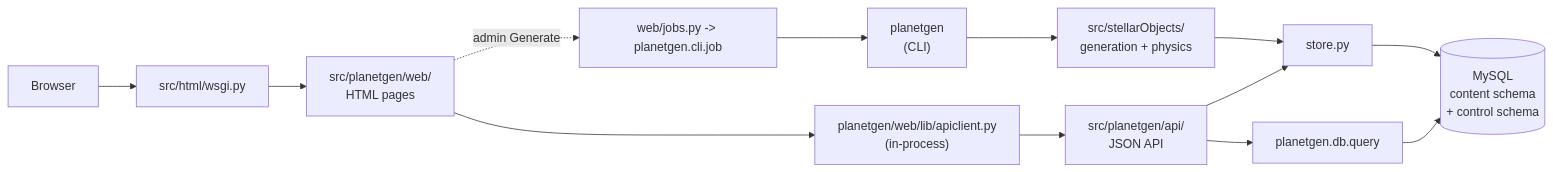
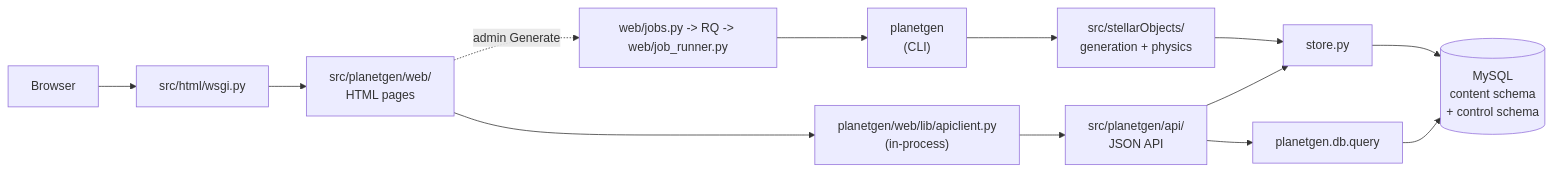
The first of 8 diagrams in docs/design/architecture.md (dwhagar/planetGen), drawn with Mermaid before and after one commit. The commit also changed other lines of this file and 16 other files, not shown here.

First line of the commit message:
Admin Generate page jobs on RQ (PERF.24 step 3)

````diff
--- a/docs/design/architecture.md
+++ b/docs/design/architecture.md
@@ -67,15 +67,15 @@
 ```mermaid
 flowchart LR
     CLI["planetgen<br/>(CLI)"] --> SO["src/stellarObjects/<br/>generation + physics"]
     SO --> DB["store.py"]
     DB --> MySQL[("MySQL<br/>content schema<br/>+ control schema")]
     Browser["Browser"] --> WSGI["src/html/wsgi.py"]
     WSGI --> Web["src/planetgen/web/<br/>HTML pages"]
     Web --> Client["planetgen/web/lib/apiclient.py<br/>(in-process)"]
     Client --> API["src/planetgen/api/<br/>JSON API"]
     API --> Q["planetgen.db.query"]
     Q --> MySQL
     API --> DB
-    Web -. "admin Generate" .-> Jobs["web/jobs.py -> planetgen.cli.job"]
+    Web -. "admin Generate" .-> Jobs["web/jobs.py -> RQ -> web/job_runner.py"]
     Jobs --> CLI
 ```
````
